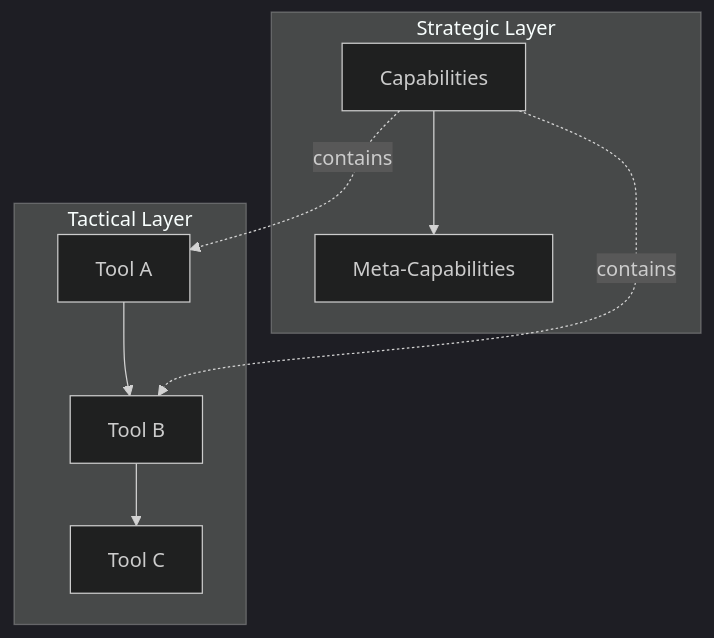
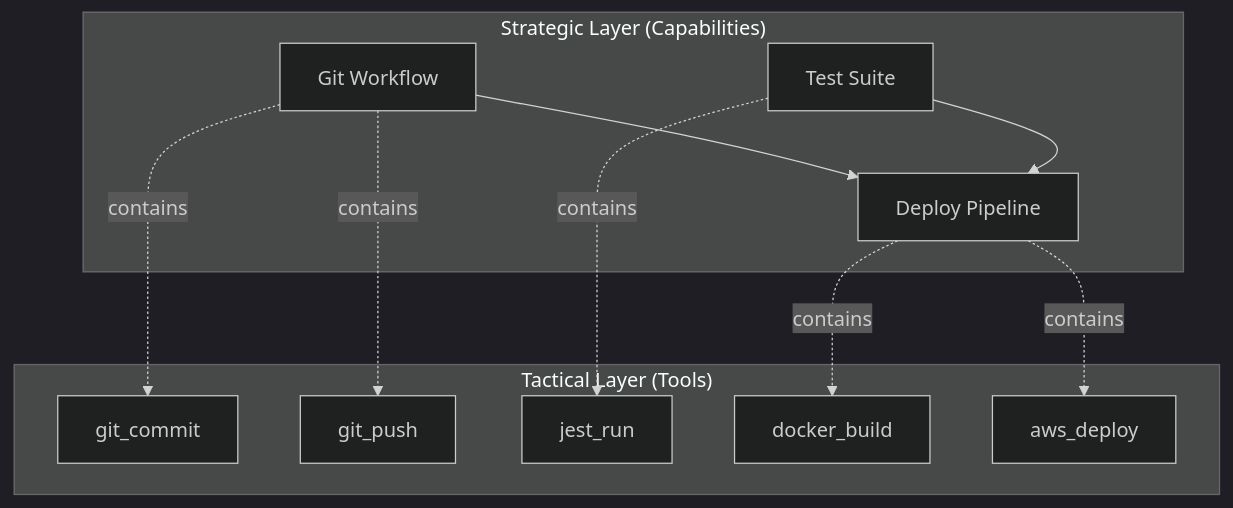
One commit to Casys-AI/casys-pml changed the first of 4 diagrams in src/web/posts/2025-12-18-two-layer-architecture.md. Above: the diagram before and after it, drawn with Mermaid (dark theme). The commit also changed other lines of this file, not shown here.

Commit message:
blog: complete Two-Layer Architecture article

````diff
--- a/src/web/posts/2025-12-18-two-layer-architecture.md
+++ b/src/web/posts/2025-12-18-two-layer-architecture.md
@@ -30,19 +36,24 @@
 ```mermaid
 graph TD
-    subgraph "Strategic Layer"
-        S1[Capabilities]
-        S2[Meta-Capabilities]
-        S1 --> S2
+    subgraph "Strategic Layer (Capabilities)"
+        S1[Git Workflow]
+        S2[Test Suite]
+        S3[Deploy Pipeline]
+        S1 --> S3
+        S2 --> S3
     end
 
-    subgraph "Tactical Layer"
-        T1[Tool A]
-        T2[Tool B]
-        T3[Tool C]
-        T1 --> T2
-        T2 --> T3
+    subgraph "Tactical Layer (Tools)"
+        T1[git_commit]
+        T2[git_push]
+        T3[jest_run]
+        T4[docker_build]
+        T5[aws_deploy]
     end
 
     S1 -.->|contains| T1
     S1 -.->|contains| T2
+    S2 -.->|contains| T3
+    S3 -.->|contains| T4
+    S3 -.->|contains| T5
 ```
````
